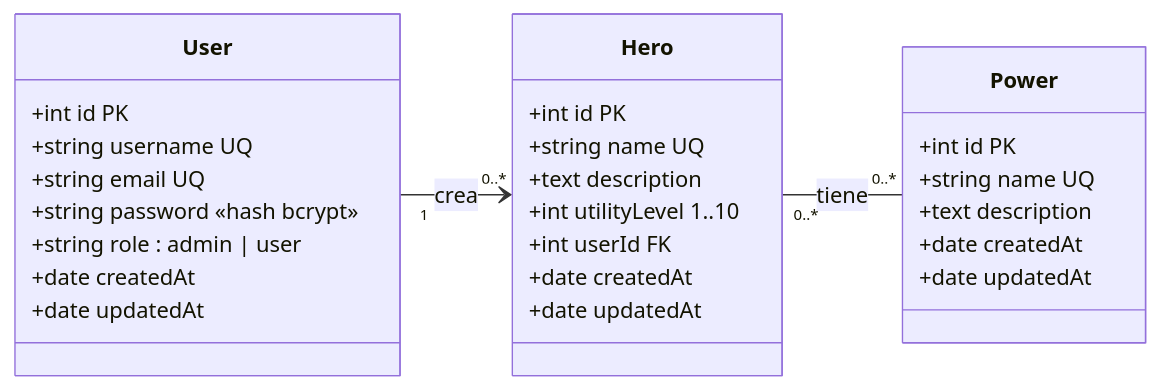
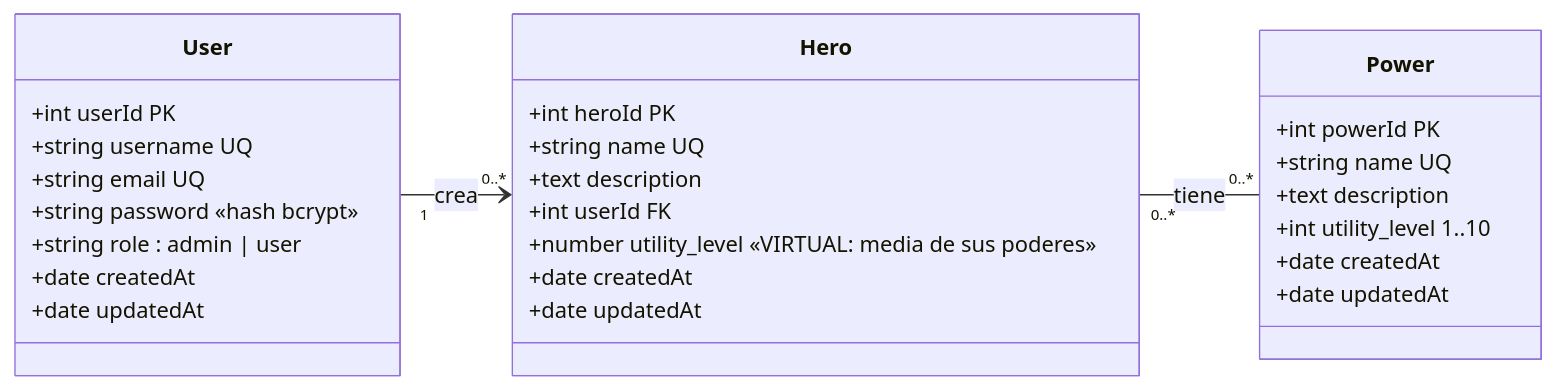
One commit to LdMe/backend_superheroes_segunda changed the third of 7 diagrams in docs/memoria.md. Above: the diagram before and after it, drawn with Mermaid. The commit also changed other lines of this file and 19 other files, not shown here.

````diff
--- a/docs/memoria.md
+++ b/docs/memoria.md
@@ -248,35 +277,36 @@
 ```mermaid
 classDiagram
     direction LR
 
     class User {
-        +int id PK
+        +int userId PK
         +string username UQ
         +string email UQ
         +string password «hash bcrypt»
         +string role : admin | user
         +date createdAt
         +date updatedAt
     }
 
     class Hero {
-        +int id PK
+        +int heroId PK
         +string name UQ
         +text description
-        +int utilityLevel 1..10
         +int userId FK
+        +number utility_level «VIRTUAL: media de sus poderes»
         +date createdAt
         +date updatedAt
     }
 
     class Power {
-        +int id PK
+        +int powerId PK
         +string name UQ
         +text description
+        +int utility_level 1..10
         +date createdAt
         +date updatedAt
     }
 
     User "1" --> "0..*" Hero : crea
     Hero "0..*" -- "0..*" Power : tiene
 ```
````
